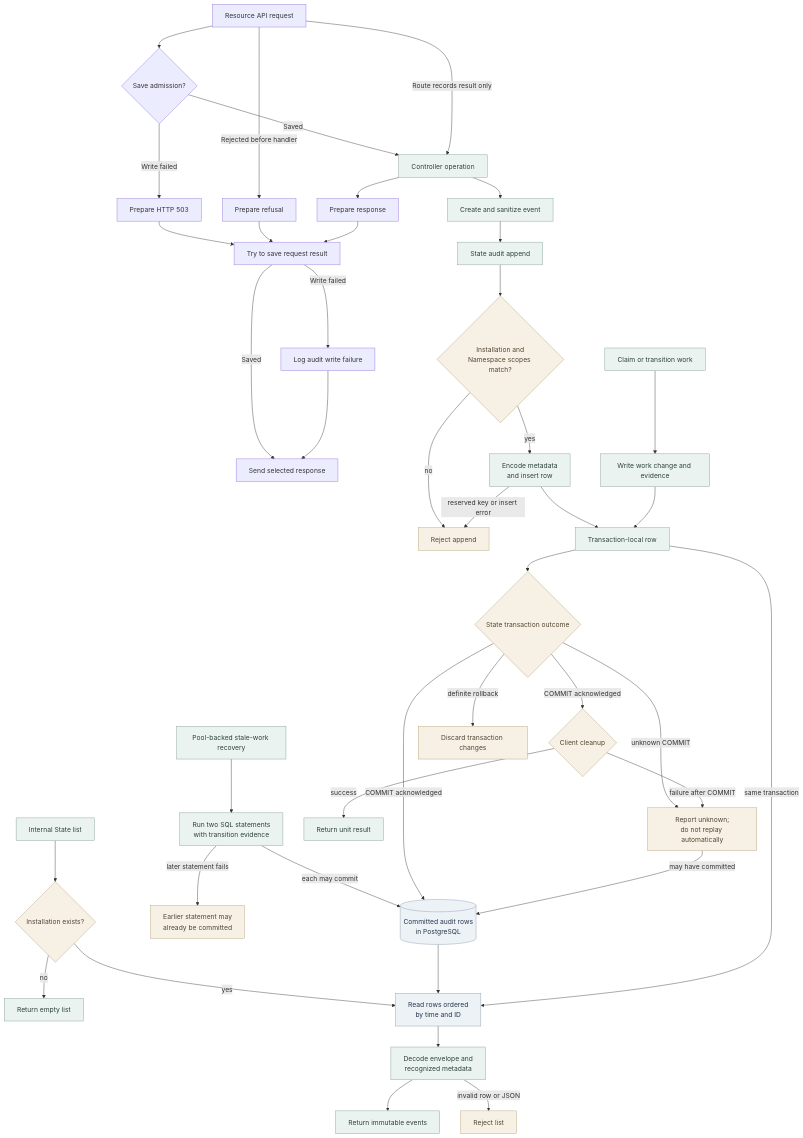
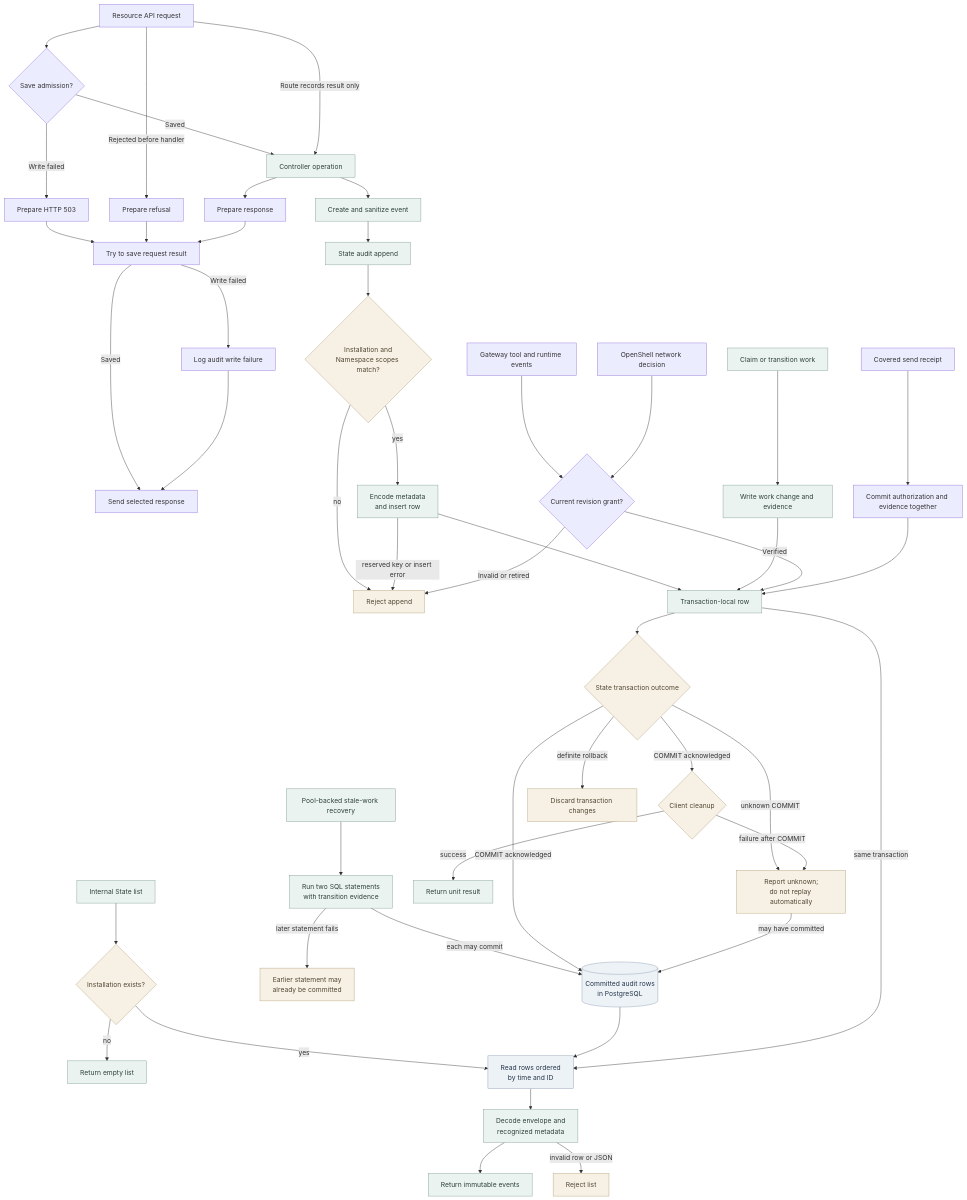
Before and after one commit to openclaw/openclaw-enterprise: the diagram in docs/flows/audit-ledger.md, drawn with Mermaid. The commit also changed other lines of this file and 63 other files, not shown here.

````diff
--- a/docs/flows/audit-ledger.md
+++ b/docs/flows/audit-ledger.md
@@ -31,50 +31,56 @@
 ```mermaid
 graph TD
   HTTP["Resource API request"] --> Admission{"Save admission?"}
   Admission -->|Saved| Request
   Admission -->|Write failed| Refused["Prepare HTTP 503"]
   HTTP -->|Rejected before handler| RefusedEarly["Prepare refusal"]
   HTTP -->|Route records result only| Request
   Request --> HTTPResult["Prepare response"]
   Refused --> ResultEvent["Try to save request result"]
   RefusedEarly --> ResultEvent
   HTTPResult --> ResultEvent
   ResultEvent -->|Saved| Send["Send selected response"]
   ResultEvent -->|Write failed| Diagnostic["Log audit write failure"]
   Diagnostic --> Send
   Request["Controller operation"] --> Factory["Create and sanitize event"]
   Factory --> Append["State audit append"]
   Append --> Scope{"Installation and<br/>Namespace scopes match?"}
   Scope -->|yes| Encode["Encode metadata<br/>and insert row"]
   Scope -->|no| Reject["Reject append"]
   Encode --> Pending["Transaction-local row"]
   Encode -->|reserved key or insert error| Reject
   Queue["Claim or transition work"] --> QueueSQL["Write work change and evidence"]
   QueueSQL --> Pending
+  Runtime["Gateway tool and runtime events"] --> RuntimeScope{"Current revision grant?"}
+  Sandbox["OpenShell network decision"] --> RuntimeScope
+  RuntimeScope -->|Verified| Pending
+  RuntimeScope -->|Invalid or retired| Reject
+  Receipt["Covered send receipt"] --> ReceiptSQL["Commit authorization and evidence together"]
+  ReceiptSQL --> Pending
   DirectQueue["Pool-backed stale-work recovery"] --> DirectSQL["Run two SQL statements<br/>with transition evidence"]
   DirectSQL -->|each may commit| Ledger
   DirectSQL -->|later statement fails| Partial["Earlier statement may<br/>already be committed"]
   Pending --> Commit{"State transaction outcome"}
   Commit -->|COMMIT acknowledged| Ledger[("Committed audit rows<br/>in PostgreSQL")]
   Commit -->|COMMIT acknowledged| Cleanup{"Client cleanup"}
   Commit -->|definite rollback| RolledBack["Discard transaction changes"]
   Commit -->|unknown COMMIT| Unknown["Report unknown;<br/>do not replay automatically"]
   Unknown -->|may have committed| Ledger
   Cleanup -->|success| Returned["Return unit result"]
   Cleanup -->|failure after COMMIT| Unknown
   Reader["Internal State list"] --> Installation{"Installation exists?"}
   Installation -->|no| Empty["Return empty list"]
   Installation -->|yes| Rows["Read rows ordered<br/>by time and ID"]
   Ledger --> Rows
   Pending -->|same transaction| Rows
   Rows --> Decode["Decode envelope and<br/>recognized metadata"]
   Decode --> Result["Return immutable events"]
   Decode -->|invalid row or JSON| Error["Reject list"]
 
   classDef storage fill:#EDF2F7,stroke:#879AB0,color:#25364A,stroke-width:1px
   classDef operation fill:#EBF3F0,stroke:#7F9D93,color:#2B4038,stroke-width:1px
   classDef gate fill:#F7F1E5,stroke:#B3A078,color:#514532,stroke-width:1px
   class Ledger,Rows storage
   class Request,Factory,Append,Encode,Queue,QueueSQL,DirectQueue,DirectSQL,Pending,Reader,Decode,Result,Empty,Returned operation
   class Scope,Reject,Commit,RolledBack,Unknown,Cleanup,Installation,Error,Partial gate
 ```
````
